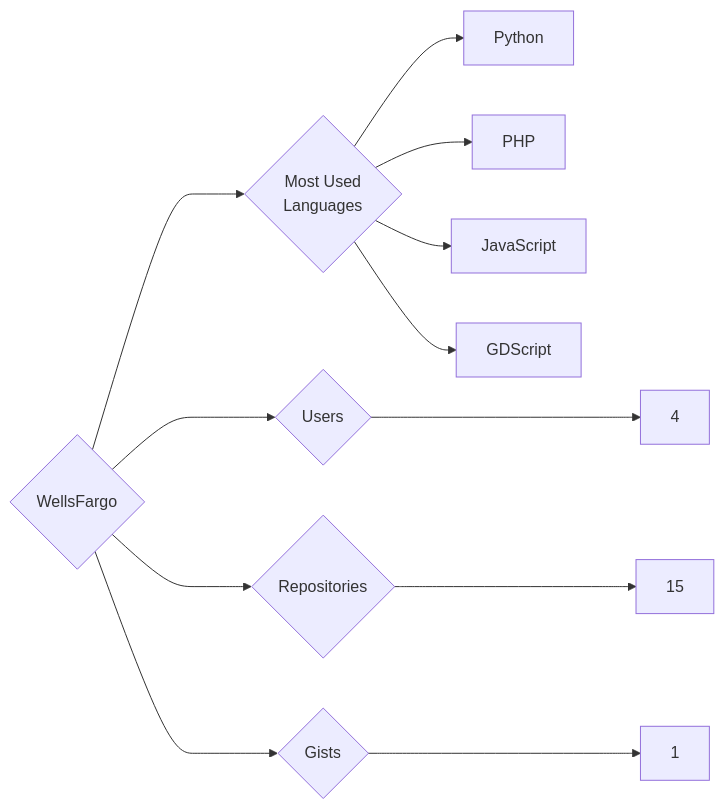
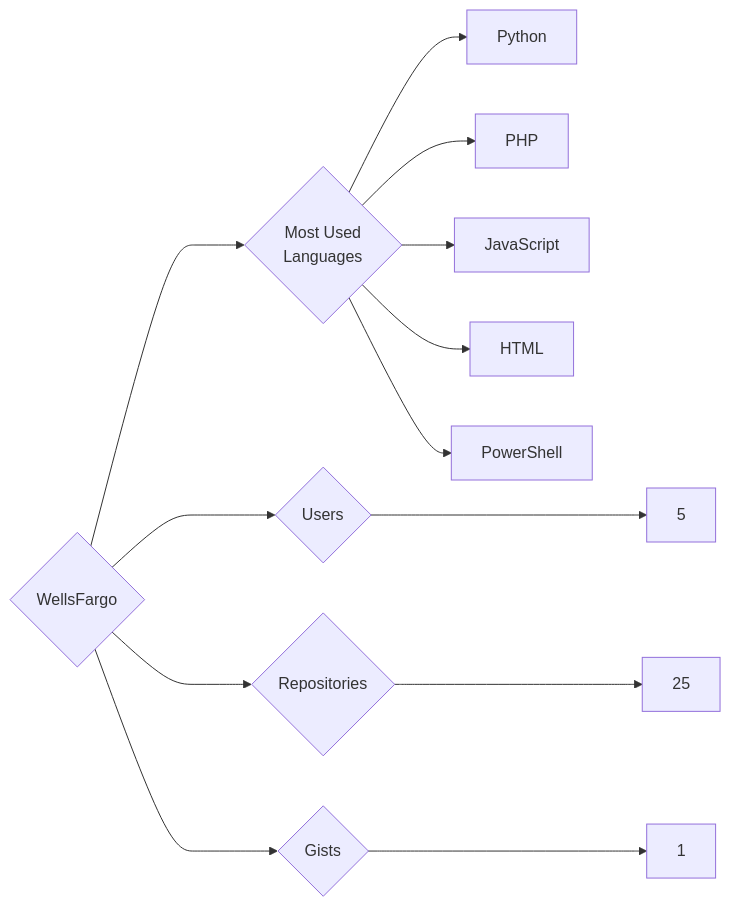
One commit to trickest/insiders changed the diagram in targets/WellsFargo/README.md. Above: the diagram before and after it, drawn with Mermaid. The commit also changed 955 other files, not shown here.

````diff
--- a/targets/WellsFargo/README.md
+++ b/targets/WellsFargo/README.md
@@ -3,12 +3,13 @@
 ```mermaid
 graph LR
 COMPANY_NAME{WellsFargo}
-COMPANY_NAME ---> U{Users} ---> UN[4]
-COMPANY_NAME ---> R{Repositories} ---> RN[15]
+COMPANY_NAME ---> U{Users} ---> UN[5]
+COMPANY_NAME ---> R{Repositories} ---> RN[25]
 COMPANY_NAME ---> G{Gists} ---> GN[1]
 COMPANY_NAME ---> ML{Most Used<br>Languages}
 ML --> Python[Python]
 ML --> PHP[PHP]
 ML --> JavaScript[JavaScript]
-ML --> GDScript[GDScript]
+ML --> HTML[HTML]
+ML --> PowerShell[PowerShell]
 ```
````
